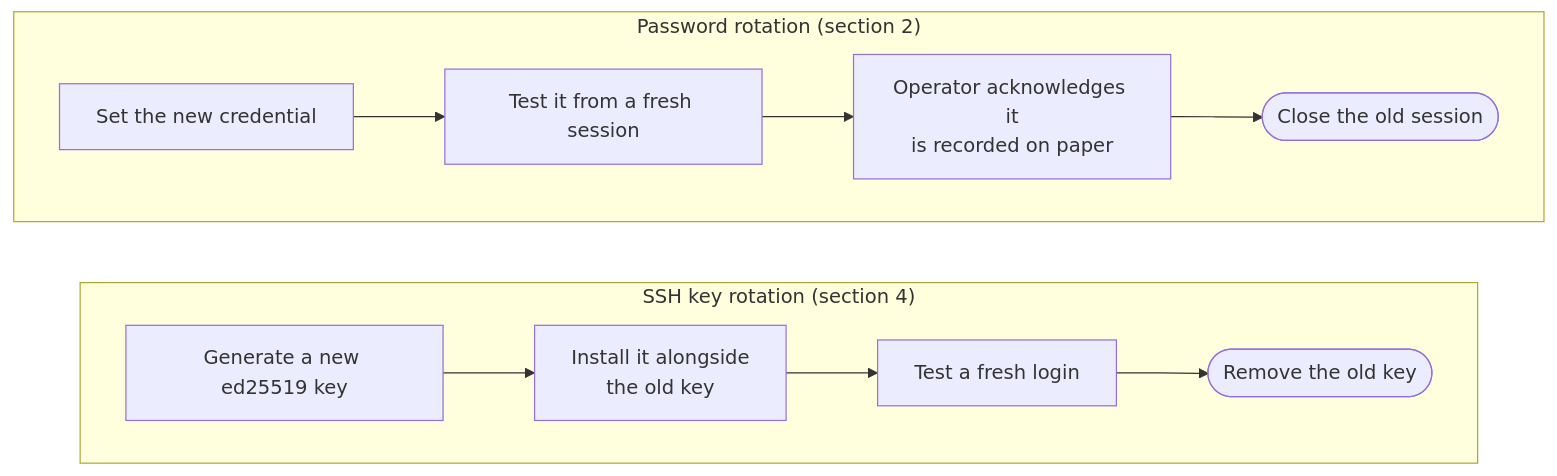
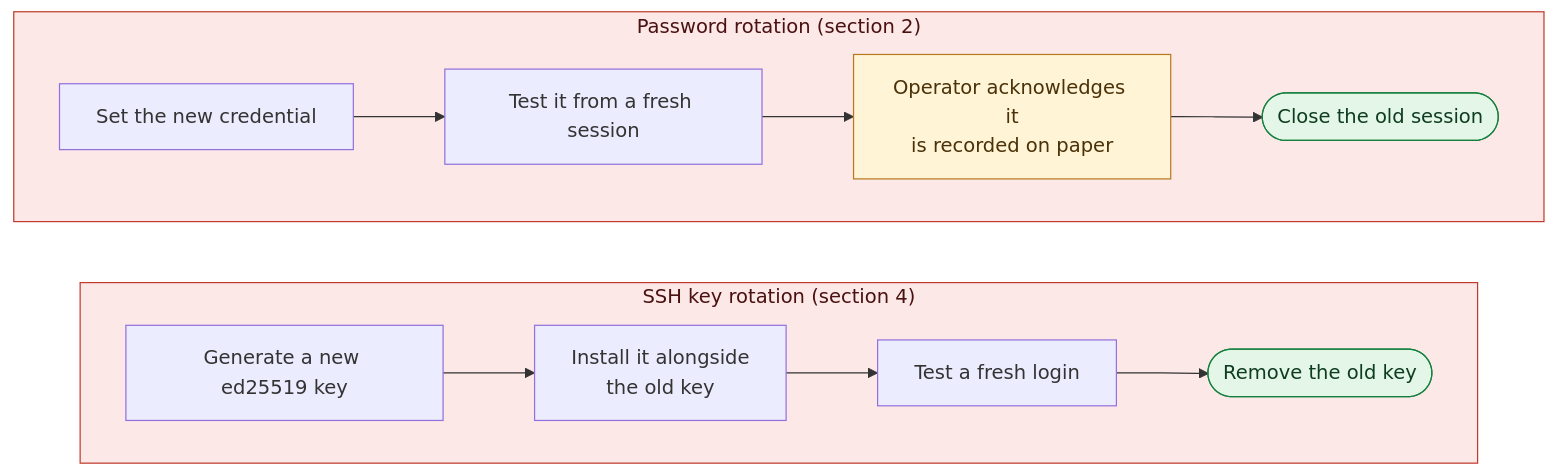
Before and after one commit to dotnetdork/Labyrinth: the diagram in docs/design/05-Credentials-and-SSH-Keys.md, drawn with Mermaid. The commit also changed other lines of this file and 12 other files, not shown here.

````diff
--- a/docs/design/05-Credentials-and-SSH-Keys.md
+++ b/docs/design/05-Credentials-and-SSH-Keys.md
@@ -56,16 +56,22 @@
 ```mermaid
 flowchart TD
     subgraph pw["Password rotation (section 2)"]
         direction LR
         P1["Set the new credential"] --> P2["Test it from a fresh session"]
         P2 --> P3["Operator acknowledges it<br/>is recorded on paper"]
         P3 --> P4(["Close the old session"])
     end
     subgraph key["SSH key rotation (section 4)"]
         direction LR
         K1["Generate a new ed25519 key"] --> K2["Install it alongside<br/>the old key"]
         K2 --> K3["Test a fresh login"]
         K3 --> K4(["Remove the old key"])
     end
     pw ~~~ key
+    classDef human fill:#fff4d6,stroke:#b7791f,color:#4a3108
+    classDef ok fill:#e3f6e8,stroke:#15803d,color:#0f3d20
+    class P3 human
+    class P4,K4 ok
+    style pw fill:#fde8e8,stroke:#c0392b,color:#4a1111
+    style key fill:#fde8e8,stroke:#c0392b,color:#4a1111
 ```
````
